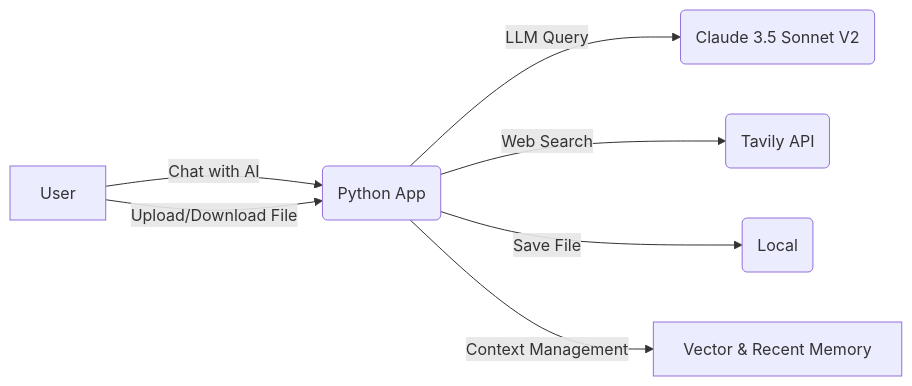
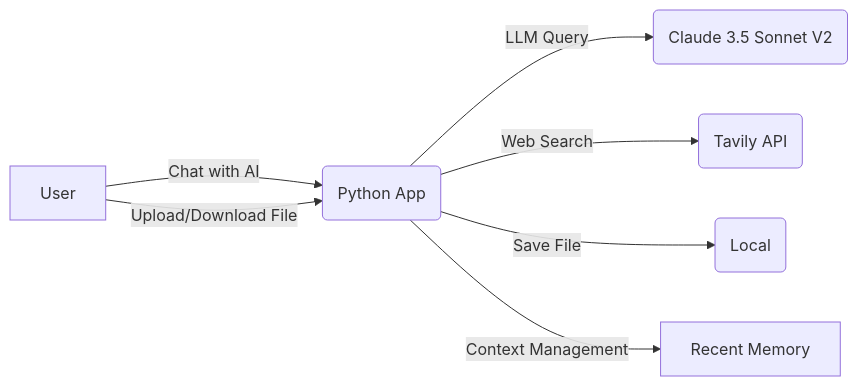
One commit to haandol/alps-writer changed the first of 2 diagrams in packages/app/specs/SPEC.md. Above: the diagram before and after it, drawn with Mermaid. The commit also changed other lines of this file and 7 other files, not shown here.

Commit message:
feat: remove relevant search and remove window from recent memory (unlimit) to get most of prompt caching

````diff
--- a/packages/app/specs/SPEC.md
+++ b/packages/app/specs/SPEC.md
@@ -85,9 +85,9 @@
 ```mermaid
 flowchart LR
     User -- "Chat with AI" --> Chainlit(Python App)
     Chainlit -- "LLM Query" --> Bedrock(Claude 3.5 Sonnet V2)
     Chainlit -- "Web Search" --> Tavily(Tavily API)
     Chainlit -- "Save File" --> FileSystem(Local)
     User -- "Upload/Download File" --> Chainlit
-    Chainlit -- "Context Management" --> Memory[Vector & Recent Memory]
+    Chainlit -- "Context Management" --> Memory[Recent Memory]
 ```
````
